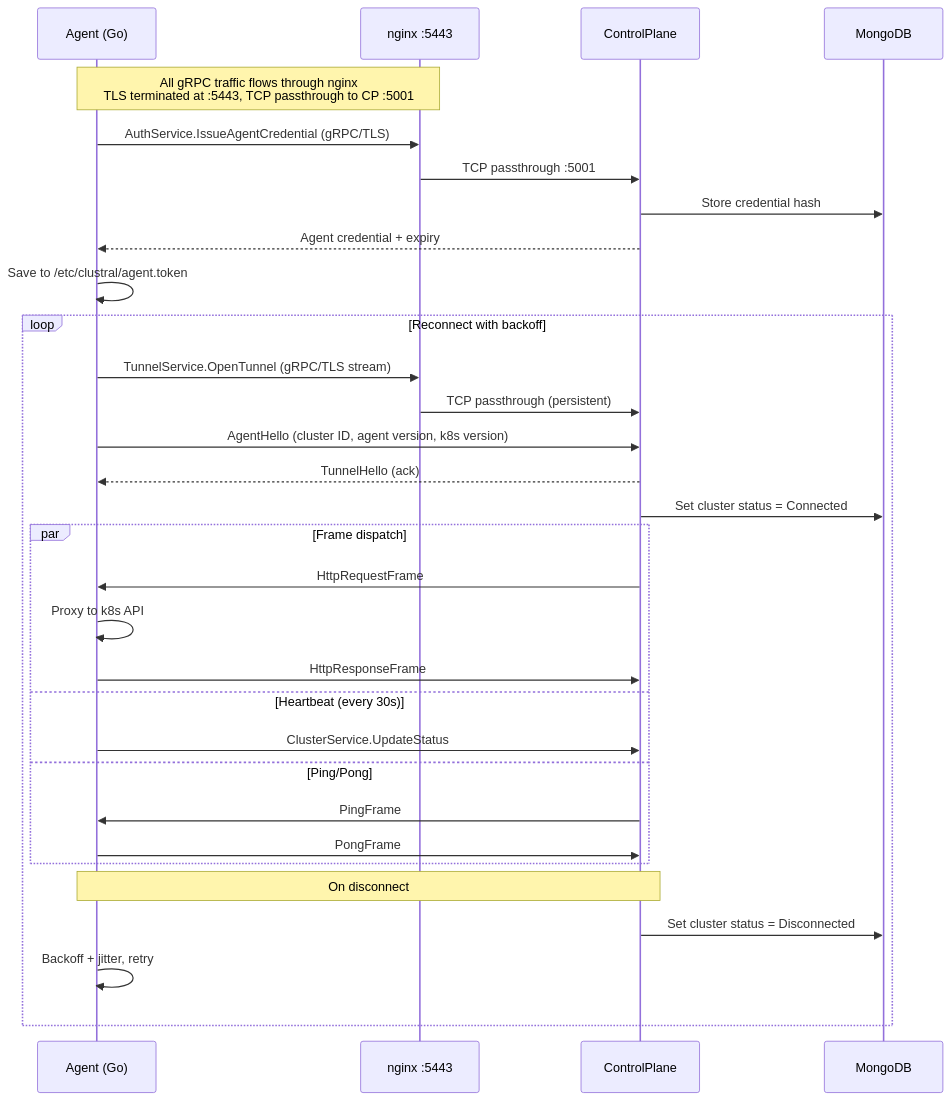
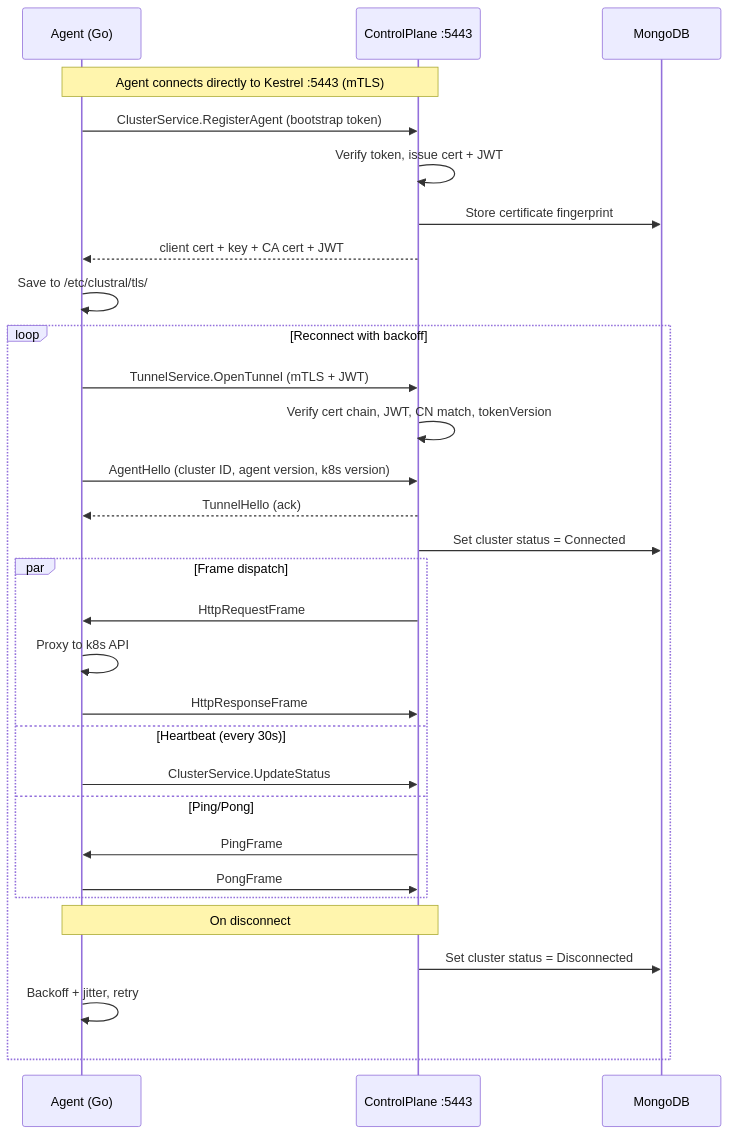
Before and after one commit to Clustral/clustral: the fourth of 10 diagrams in README.md, drawn with Mermaid. The commit also changed other lines of this file and 38 other files, not shown here.

First line of the commit message:
feat: mTLS + JWT authentication for agent-ControlPlane gRPC tunnel

````diff
--- a/README.md
+++ b/README.md
@@ -120,38 +119,37 @@
 ```mermaid
 sequenceDiagram
     participant Agent as Agent (Go)
-    participant NGX as nginx :5443
-    participant CP as ControlPlane
+    participant CP as ControlPlane :5443
     participant DB as MongoDB
 
-    Note over Agent,NGX: All gRPC traffic flows through nginx<br/>TLS terminated at :5443, TCP passthrough to CP :5001
+    Note over Agent,CP: Agent connects directly to Kestrel :5443 (mTLS)
 
-    Agent->>NGX: AuthService.IssueAgentCredential (gRPC/TLS)
-    NGX->>CP: TCP passthrough :5001
-    CP->>DB: Store credential hash
-    CP-->>Agent: Agent credential + expiry
-    Agent->>Agent: Save to /etc/clustral/agent.token
+    Agent->>CP: ClusterService.RegisterAgent (bootstrap token)
+    CP->>CP: Verify token, issue cert + JWT
+    CP->>DB: Store certificate fingerprint
+    CP-->>Agent: client cert + key + CA cert + JWT
+    Agent->>Agent: Save to /etc/clustral/tls/
 
     loop Reconnect with backoff
-        Agent->>NGX: TunnelService.OpenTunnel (gRPC/TLS stream)
-        NGX->>CP: TCP passthrough (persistent)
+        Agent->>CP: TunnelService.OpenTunnel (mTLS + JWT)
+        CP->>CP: Verify cert chain, JWT, CN match, tokenVersion
         Agent->>CP: AgentHello (cluster ID, agent version, k8s version)
         CP-->>Agent: TunnelHello (ack)
         CP->>DB: Set cluster status = Connected
 
         par Frame dispatch
             CP->>Agent: HttpRequestFrame
             Agent->>Agent: Proxy to k8s API
             Agent->>CP: HttpResponseFrame
         and Heartbeat (every 30s)
             Agent->>CP: ClusterService.UpdateStatus
         and Ping/Pong
             CP->>Agent: PingFrame
             Agent->>CP: PongFrame
         end
 
         Note over Agent,CP: On disconnect
         CP->>DB: Set cluster status = Disconnected
         Agent->>Agent: Backoff + jitter, retry
     end
 ```
````
